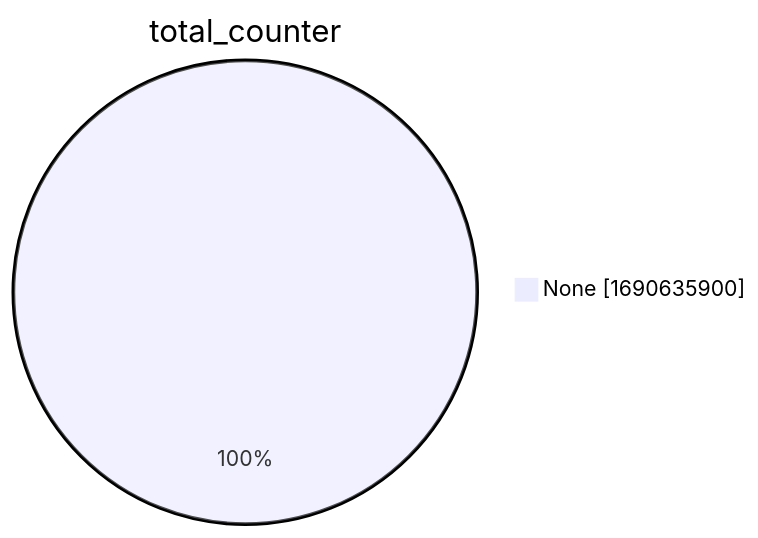
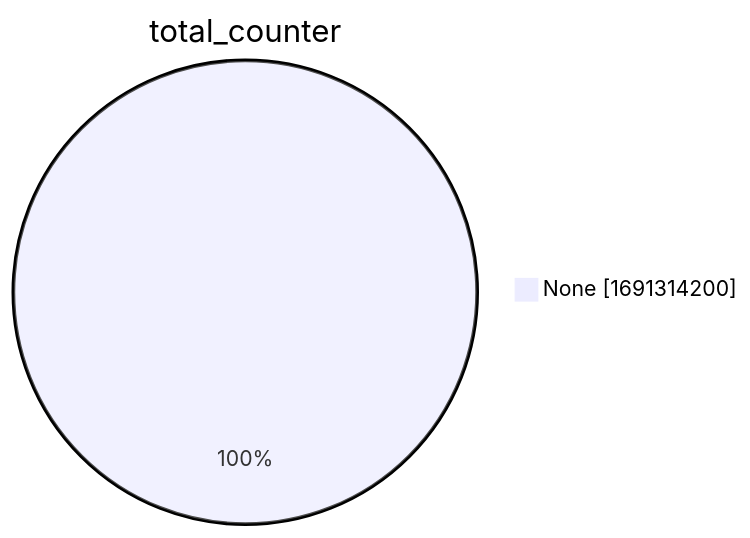
One commit to christiankrug/ctmonitor_visualization changed the second of 15 diagrams in xenon2022/README.md. Above: the diagram before and after it, drawn with Mermaid. The commit also changed other lines of this file, not shown here.

````diff
--- a/xenon2022/README.md
+++ b/xenon2022/README.md
@@ -9,5 +9,5 @@
 ```mermaid
 pie showData
 title total_counter
-"None" :1690635900
+"None" :1691314200
 ```
````
